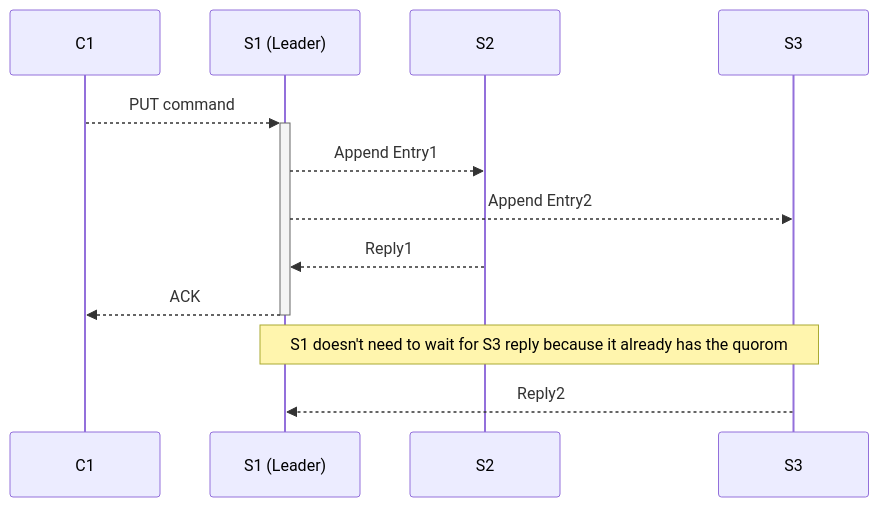
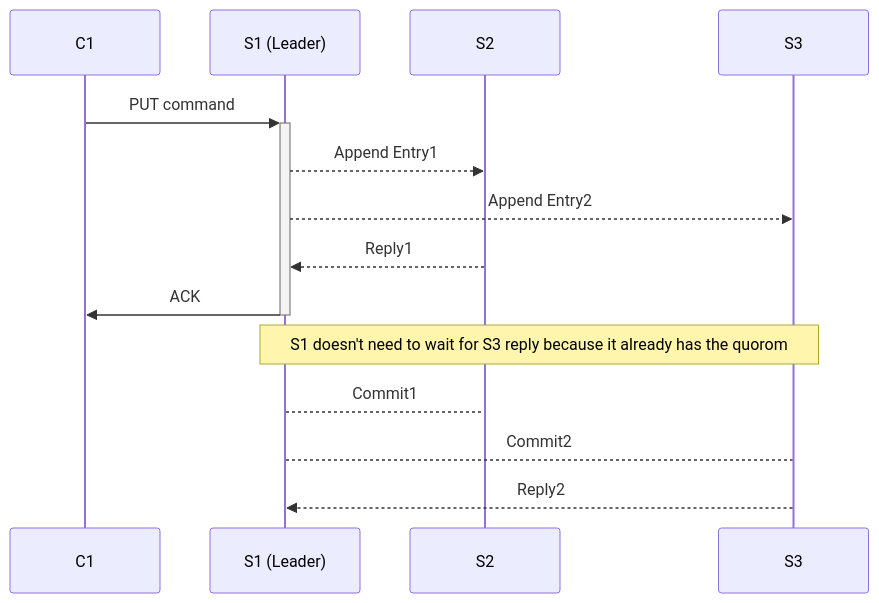
Before and after one commit to zanymuzik/notes: the third of 3 diagrams in MIT - Lec 6 - Raft (1).md, drawn with Mermaid. The commit also changed other lines of this file, not shown here.

Commit message:
MIT - Lec 6 - Raft (1).md updated from https://stackedit.io/

````diff
--- a/MIT - Lec 6 - Raft (1).md
+++ b/MIT - Lec 6 - Raft (1).md
@@ -109,11 +109,13 @@
 ```mermaid
 sequenceDiagram
-C1-->>+S1: PUT command
+C1->>+S1: PUT command
 participant S1 as S1 (Leader)
 S1-->>S2: Append Entry1
 S1-->>S3: Append Entry2
 S2-->>S1: Reply1
-S1-->>-C1: ACK
+S1->>-C1: ACK
 Note over S1,S3: S1 doesn't need to wait for S3 reply because it already has the quorom
+S1-->S2 : Commit1
+S1-->S3 : Commit2
 S3-->>S1: Reply2
 ```
````
